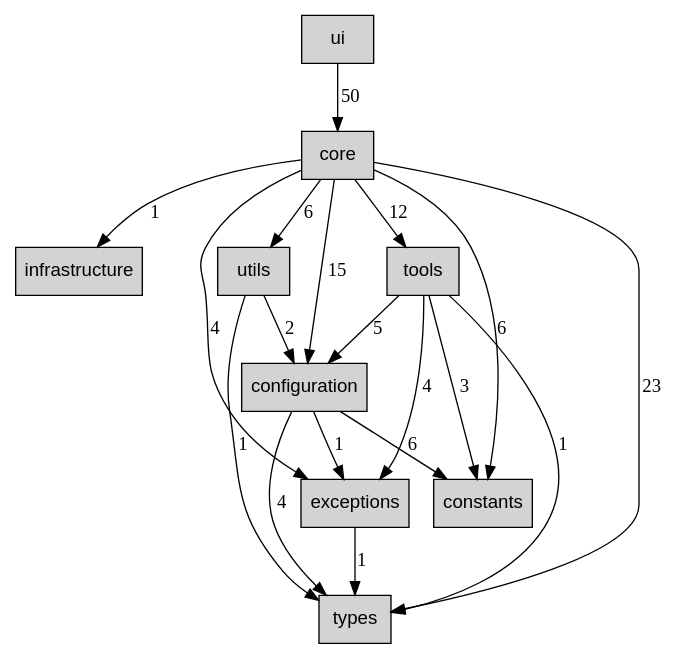
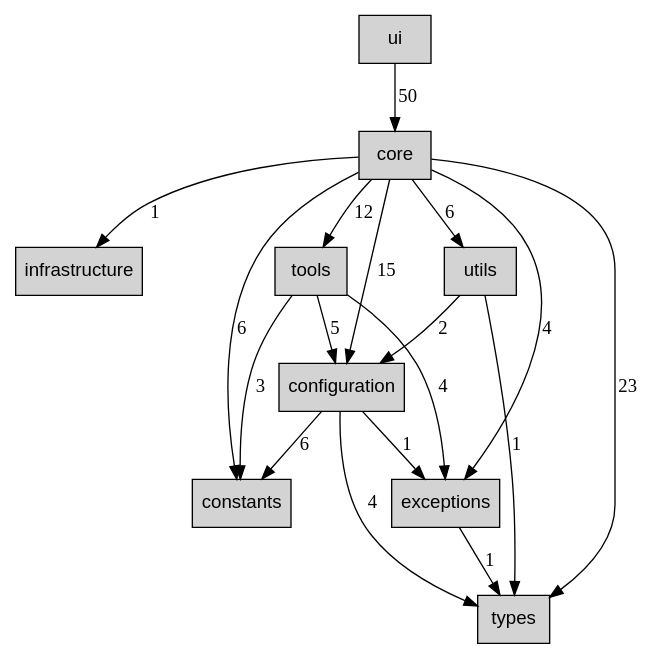
The diagram in docs/architecture/DEPENDENCY_LAYERS.dot (ryumacodes/tunacode), drawn with Graphviz before and after one commit. The commit also changed 3 other files, not shown here.

First line of the commit message:
refactor: remove tools -> types dependency (ToolArgs alias)

```diff
--- a/docs/architecture/DEPENDENCY_LAYERS.dot
+++ b/docs/architecture/DEPENDENCY_LAYERS.dot
@@ -1,33 +1,32 @@
 digraph tunacode_layers {
   rankdir=TB;
   node [shape=box, style=filled, fontname=Arial];
 
   ui [label="ui"];
   core [label="core"];
   infrastructure [label="infrastructure"];
   tools [label="tools"];
   utils [label="utils"];
   configuration [label="configuration"];
   constants [label="constants"];
   exceptions [label="exceptions"];
   types [label="types"];
 
   configuration -> constants [label="6"];
   configuration -> exceptions [label="1"];
   configuration -> types [label="4"];
   core -> configuration [label="15"];
   core -> constants [label="6"];
   core -> exceptions [label="4"];
   core -> infrastructure [label="1"];
   core -> tools [label="12"];
   core -> types [label="23"];
   core -> utils [label="6"];
   exceptions -> types [label="1"];
   tools -> configuration [label="5"];
   tools -> constants [label="3"];
   tools -> exceptions [label="4"];
-  tools -> types [label="1"];
   ui -> core [label="50"];
   utils -> configuration [label="2"];
   utils -> types [label="1"];
 }
```
